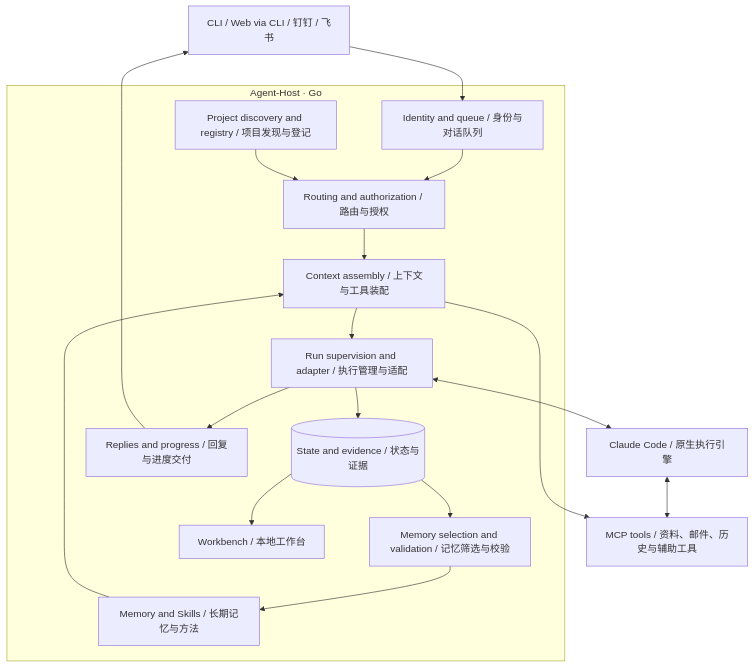
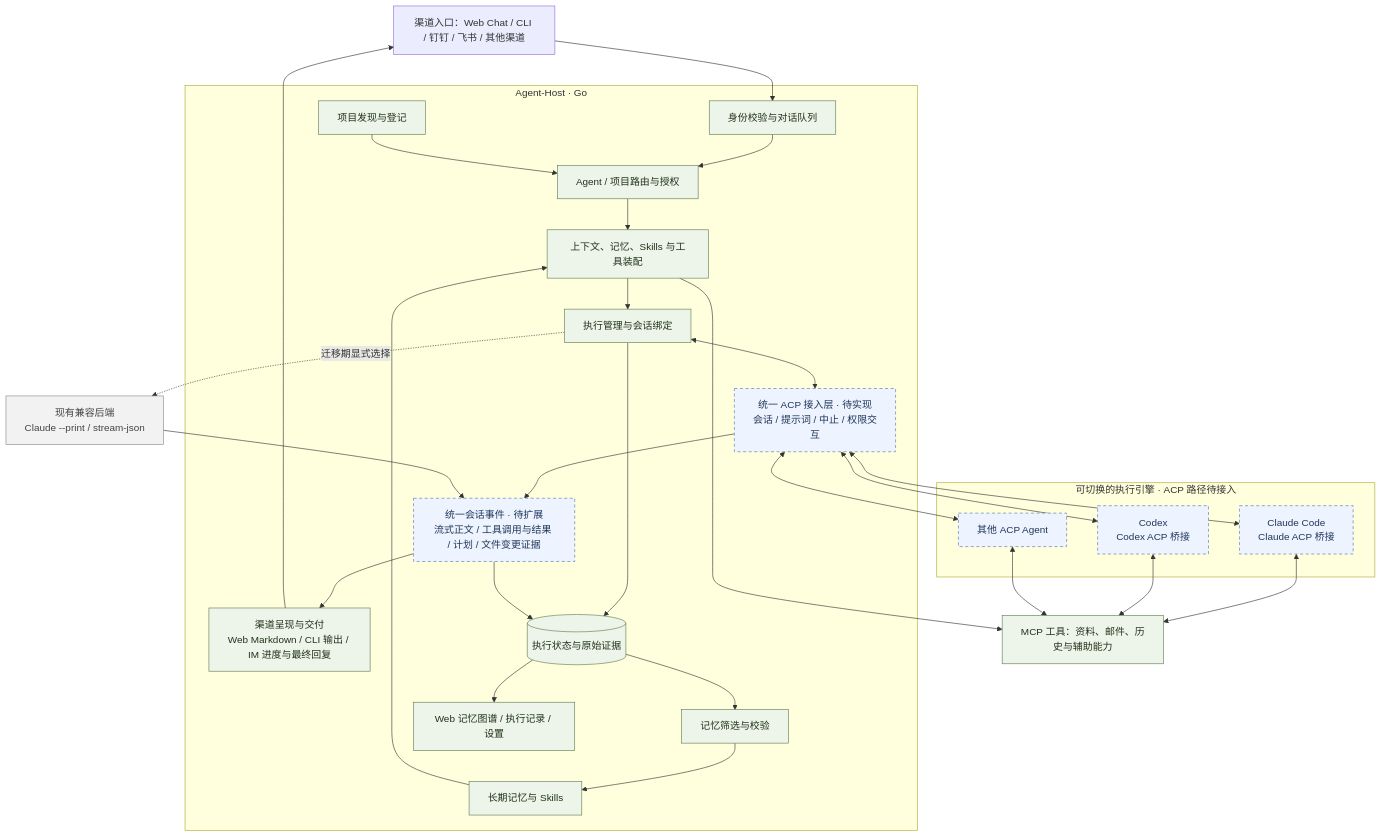
The diagram in docs/architecture.md (zhoushoujianwork/Agent-Host), drawn with Mermaid before and after one commit. The commit also changed other lines of this file and 1 other file, not shown here.

Commit message:
docs: promote shared ACP to main architecture diagram

````diff
--- a/docs/architecture.md
+++ b/docs/architecture.md
@@ -62,20 +29,42 @@
 ```mermaid
 flowchart TD
-    U[CLI / Web via CLI / 钉钉 / 飞书] --> C[Identity and queue / 身份与对话队列]
-    subgraph Host[Agent-Host · Go]
-        C --> R[Routing and authorization / 路由与授权]
-        P[Project discovery and registry / 项目发现与登记] --> R
-        R --> A[Context assembly / 上下文与工具装配]
-        K[Memory and Skills / 长期记忆与方法] --> A
-        A --> H[Run supervision and adapter / 执行管理与适配]
-        H --> E[(State and evidence / 状态与证据)]
-        E --> M[Memory selection and validation / 记忆筛选与校验]
-        M --> K
-        H --> D[Replies and progress / 回复与进度交付]
-        E --> V[Workbench / 本地工作台]
+    U["渠道入口：Web Chat / CLI / 钉钉 / 飞书 / 其他渠道"]
+    subgraph Host["Agent-Host · Go"]
+        C["身份校验与对话队列"]
+        C --> R["Agent / 项目路由与授权"]
+        P["项目发现与登记"] --> R
+        R --> A["上下文、记忆、Skills 与工具装配"]
+        A --> H["执行管理与会话绑定"]
+        H <--> ACP["统一 ACP 接入层 · 待实现<br/>会话 / 提示词 / 中止 / 权限交互"]
+        ACP --> EV["统一会话事件 · 待扩展<br/>流式正文 / 工具调用与结果 / 计划 / 文件变更证据"]
+        EV --> D["渠道呈现与交付<br/>Web Markdown / CLI 输出 / IM 进度与最终回复"]
+        H --> E[("执行状态与原始证据")]
+        EV --> E
+        E --> M["记忆筛选与校验"]
+        M --> K["长期记忆与 Skills"]
+        K --> A
+        E --> V["Web 记忆图谱 / 执行记录 / 设置"]
     end
-    H <--> N[Claude Code / 原生执行引擎]
-    A --> T[MCP tools / 资料、邮件、历史与辅助工具]
-    N <--> T
+    U --> C
+    subgraph Engines["可切换的执行引擎 · ACP 路径待接入"]
+        CL["Claude Code<br/>Claude ACP 桥接"]
+        CX["Codex<br/>Codex ACP 桥接"]
+        OT["其他 ACP Agent"]
+    end
+    ACP <--> CL
+    ACP <--> CX
+    ACP <--> OT
+    H -. "迁移期显式选择" .-> L["现有兼容后端<br/>Claude --print / stream-json"]
+    L --> EV
+    A --> T["MCP 工具：资料、邮件、历史与辅助能力"]
+    CL <--> T
+    CX <--> T
+    OT <--> T
     D --> U
+    classDef existing fill:#edf4e9,stroke:#607d52,color:#20331c;
+    classDef planned fill:#edf3ff,stroke:#5476ae,color:#203759,stroke-dasharray:5 4;
+    classDef legacy fill:#f2f2f2,stroke:#888,color:#444;
+    class C,R,P,A,H,D,E,M,K,V,T existing;
+    class ACP,EV,CL,CX,OT planned;
+    class L legacy;
 ```
````
